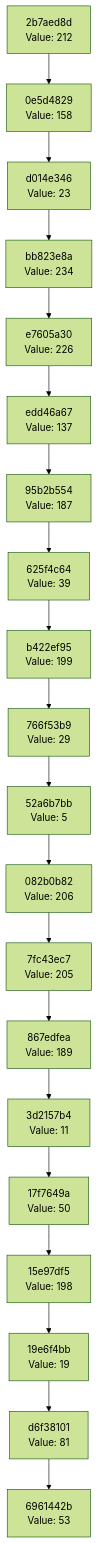
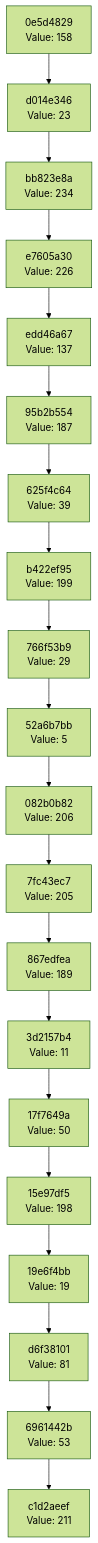
The diagram in docs/CHAIN_VISUALIZATION.md (Abhisheksinha1506/hash-chain-evolver), drawn with Mermaid (forest theme) before and after one commit. The commit also changed 1 other file, not shown here.

Commit message:
Evolution Step

````diff
--- a/docs/CHAIN_VISUALIZATION.md
+++ b/docs/CHAIN_VISUALIZATION.md
@@ -3,42 +3,42 @@
 ```mermaid
 graph TD
-    C0["6961442b<br/>Value: 53"]
-    C1["d6f38101<br/>Value: 81"]
+    C0["c1d2aeef<br/>Value: 211"]
+    C1["6961442b<br/>Value: 53"]
     C1 --> C0
-    C2["19e6f4bb<br/>Value: 19"]
+    C2["d6f38101<br/>Value: 81"]
     C2 --> C1
-    C3["15e97df5<br/>Value: 198"]
+    C3["19e6f4bb<br/>Value: 19"]
     C3 --> C2
-    C4["17f7649a<br/>Value: 50"]
+    C4["15e97df5<br/>Value: 198"]
     C4 --> C3
-    C5["3d2157b4<br/>Value: 11"]
+    C5["17f7649a<br/>Value: 50"]
     C5 --> C4
-    C6["867edfea<br/>Value: 189"]
+    C6["3d2157b4<br/>Value: 11"]
     C6 --> C5
-    C7["7fc43ec7<br/>Value: 205"]
+    C7["867edfea<br/>Value: 189"]
     C7 --> C6
-    C8["082b0b82<br/>Value: 206"]
+    C8["7fc43ec7<br/>Value: 205"]
     C8 --> C7
-    C9["52a6b7bb<br/>Value: 5"]
+    C9["082b0b82<br/>Value: 206"]
     C9 --> C8
-    C10["766f53b9<br/>Value: 29"]
+    C10["52a6b7bb<br/>Value: 5"]
     C10 --> C9
-    C11["b422ef95<br/>Value: 199"]
+    C11["766f53b9<br/>Value: 29"]
     C11 --> C10
-    C12["625f4c64<br/>Value: 39"]
+    C12["b422ef95<br/>Value: 199"]
     C12 --> C11
-    C13["95b2b554<br/>Value: 187"]
+    C13["625f4c64<br/>Value: 39"]
     C13 --> C12
-    C14["edd46a67<br/>Value: 137"]
+    C14["95b2b554<br/>Value: 187"]
     C14 --> C13
-    C15["e7605a30<br/>Value: 226"]
+    C15["edd46a67<br/>Value: 137"]
     C15 --> C14
-    C16["bb823e8a<br/>Value: 234"]
+    C16["e7605a30<br/>Value: 226"]
     C16 --> C15
-    C17["d014e346<br/>Value: 23"]
+    C17["bb823e8a<br/>Value: 234"]
     C17 --> C16
-    C18["0e5d4829<br/>Value: 158"]
+    C18["d014e346<br/>Value: 23"]
     C18 --> C17
-    C19["2b7aed8d<br/>Value: 212"]
+    C19["0e5d4829<br/>Value: 158"]
     C19 --> C18
 ```
````
